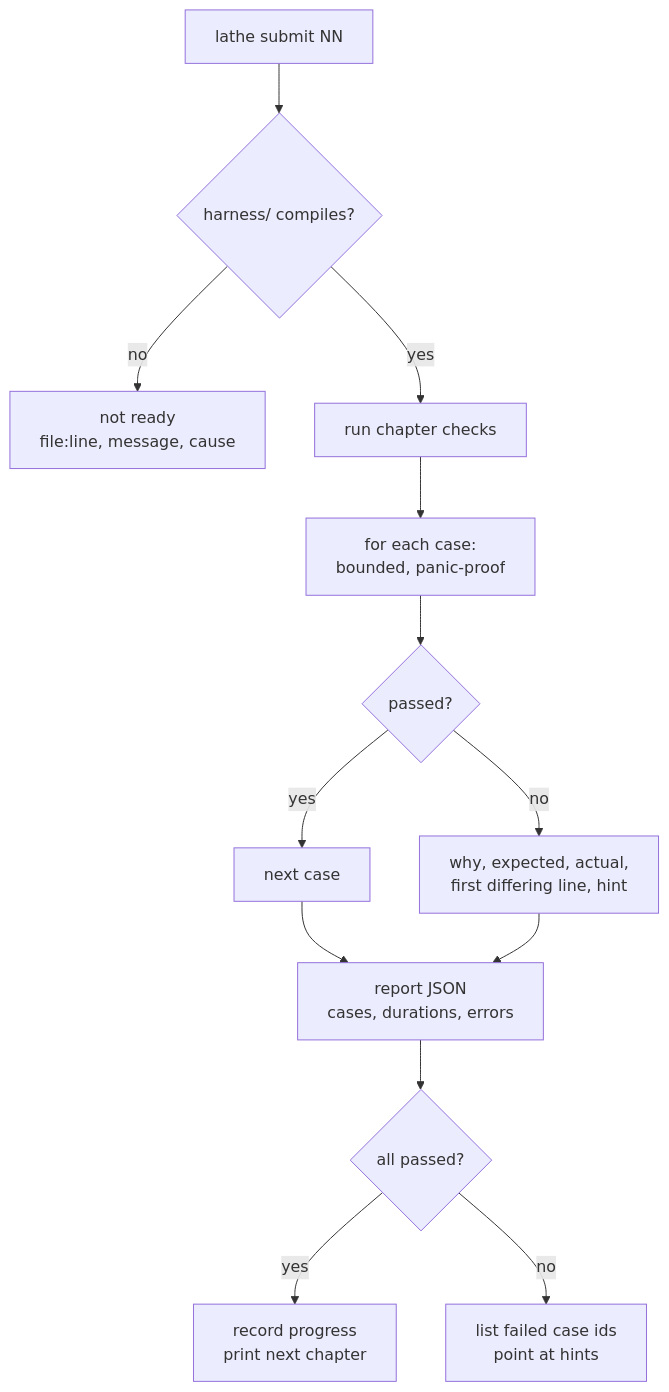
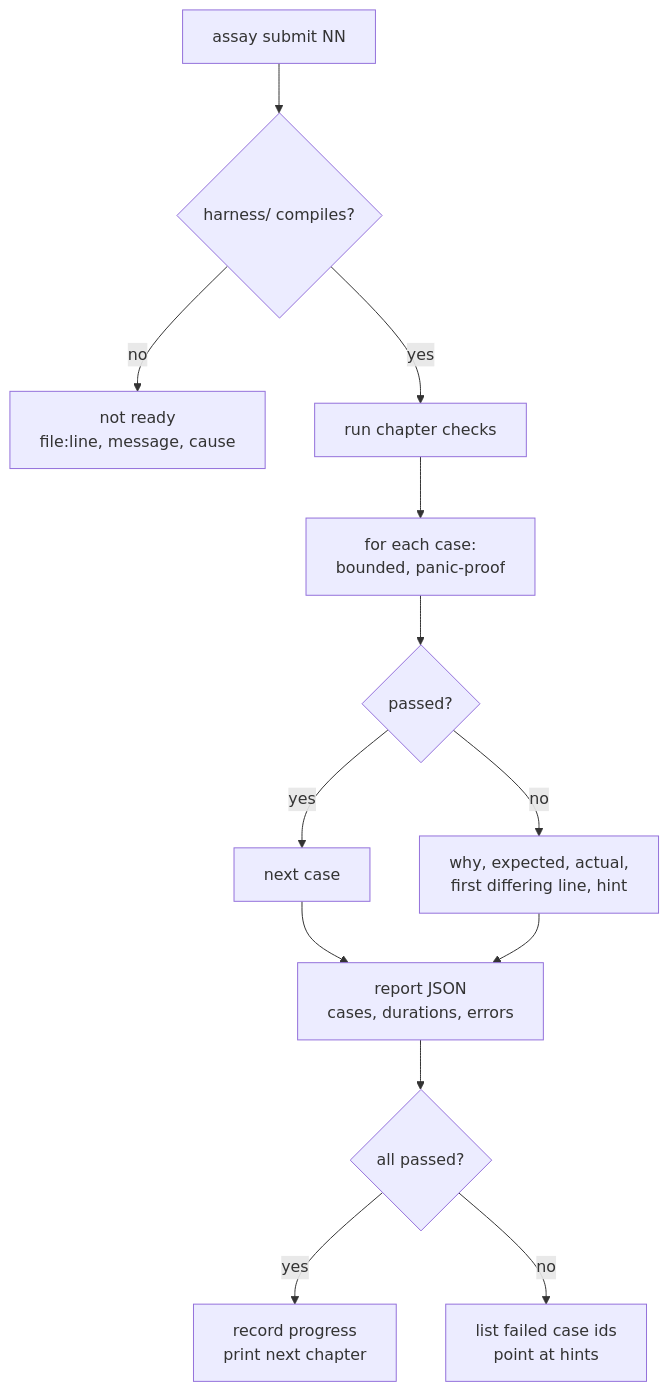
One commit to theakhandpatel/kata changed the fourth of 5 diagrams in docs/architecture.md. Above: the diagram before and after it, drawn with Mermaid. The commit also changed other lines of this file and 26 other files, not shown here.

````diff
--- a/docs/architecture.md
+++ b/docs/architecture.md
@@ -111,15 +115,15 @@
 ```mermaid
 flowchart TD
-    A["lathe submit NN"] --> B{harness/ compiles?}
+    A["assay submit NN"] --> B{harness/ compiles?}
     B -- no --> C["not ready<br/>file:line, message, cause"]
     B -- yes --> D["run chapter checks"]
     D --> E["for each case:<br/>bounded, panic-proof"]
     E --> F{passed?}
     F -- yes --> G["next case"]
     F -- no --> H["why, expected, actual,<br/>first differing line, hint"]
     G --> I["report JSON<br/>cases, durations, errors"]
     H --> I
     I --> J{all passed?}
     J -- yes --> K["record progress<br/>print next chapter"]
     J -- no --> L["list failed case ids<br/>point at hints"]
 ```
````
